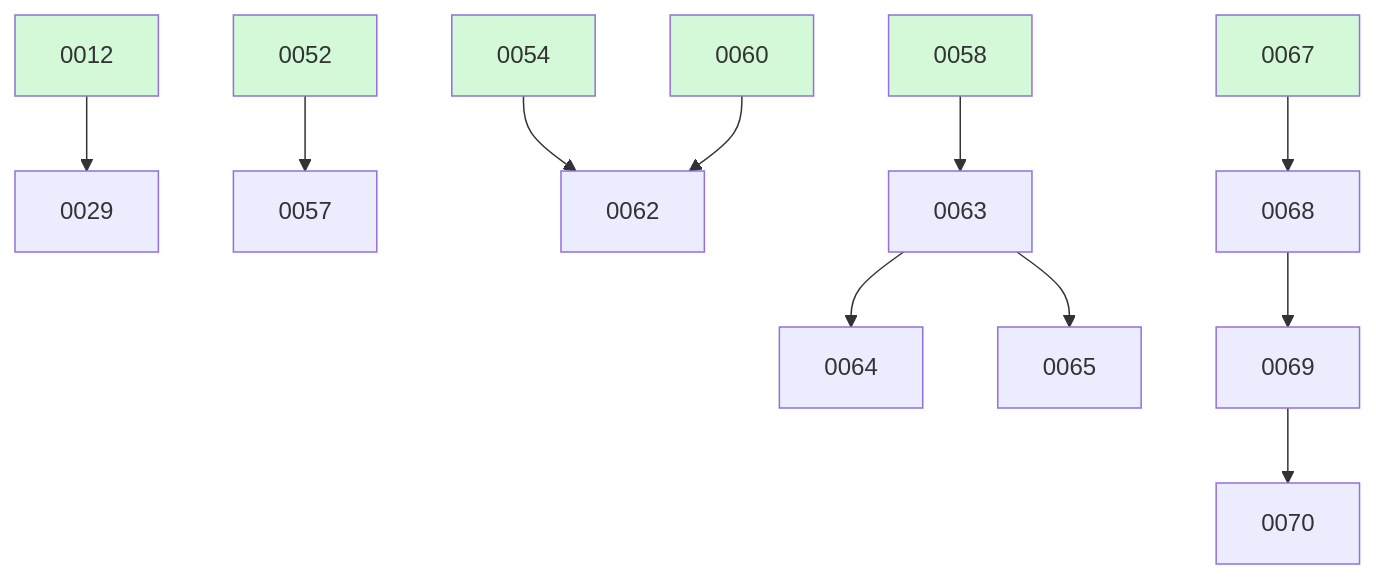
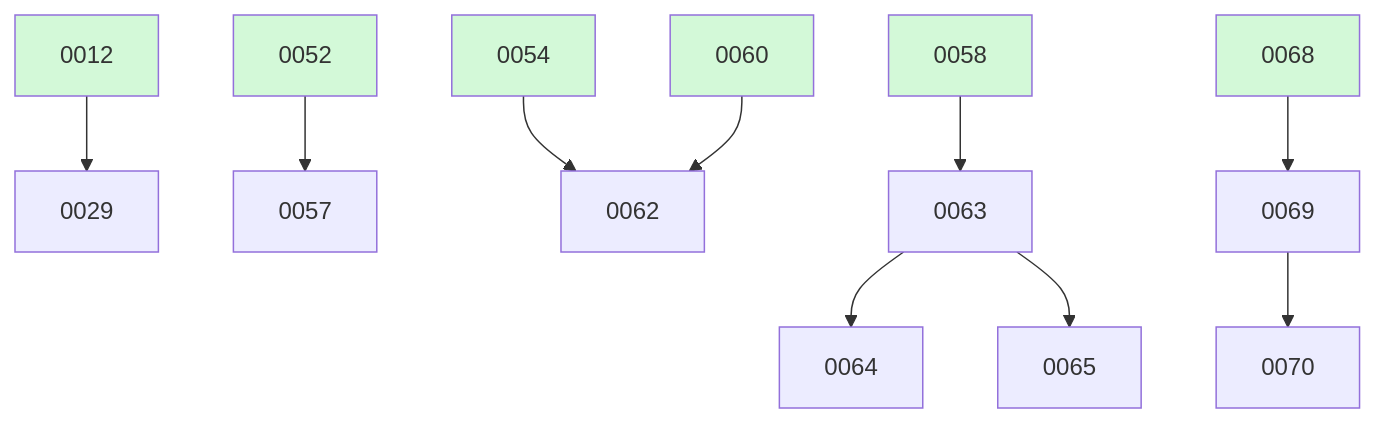
One commit to ethanhinson/fuse changed the diagram in docs/changes/BOARD.md. Above: the diagram before and after it, drawn with Mermaid. The commit also changed other lines of this file, not shown here.

````diff
--- a/docs/changes/BOARD.md
+++ b/docs/changes/BOARD.md
@@ -29,20 +23,19 @@
 ```mermaid
 graph TD
   0012 --> 0029
   0052 --> 0057
   0054 --> 0062
   0060 --> 0062
   0058 --> 0063
   0063 --> 0064
   0063 --> 0065
-  0067 --> 0068
   0068 --> 0069
   0069 --> 0070
   0012:::done
   0052:::done
   0054:::done
   0058:::done
   0060:::done
-  0067:::done
+  0068:::done
   classDef done fill:#d3f9d8;
 ```
````
